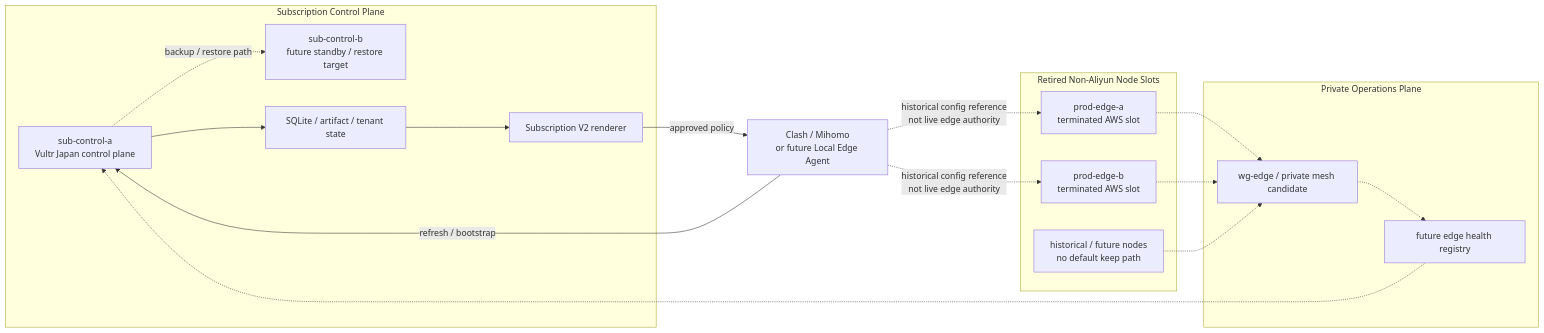
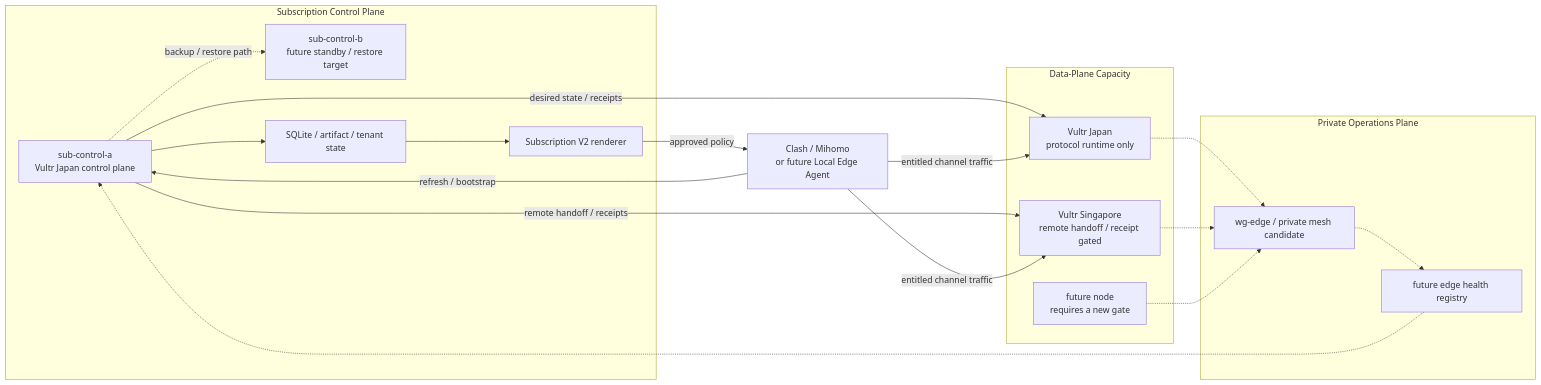
The second of 7 diagrams in docs/PROJECT_TOPOLOGY.md (FlyLink-com/proxy-gateway-minimal), drawn with Mermaid before and after one commit. The commit also changed other lines of this file and 2 other files, not shown here.

Commit message:
docs: reconcile project topology with Vultr lanes

````diff
--- a/docs/PROJECT_TOPOLOGY.md
+++ b/docs/PROJECT_TOPOLOGY.md
@@ -65,31 +77,33 @@
 ```mermaid
 flowchart LR
   subgraph "Subscription Control Plane"
     SC["sub-control-a\nVultr Japan control plane"]
     SB["sub-control-b\nfuture standby / restore target"]
     State["SQLite / artifact / tenant state"]
     Render["Subscription V2 renderer"]
   end
 
-  subgraph "Retired Non-Aliyun Node Slots"
-    A["prod-edge-a\nterminated AWS slot"]
-    B["prod-edge-b\nterminated AWS slot"]
-    C["historical / future nodes\nno default keep path"]
+  subgraph "Data-Plane Capacity"
+    JP["Vultr Japan\nprotocol runtime only"]
+    SGP["Vultr Singapore\nremote handoff / receipt gated"]
+    C["future node\nrequires a new gate"]
   end
 
   subgraph "Private Operations Plane"
     Mesh["wg-edge / private mesh candidate"]
     Health["future edge health registry"]
   end
 
   Clients["Clash / Mihomo\nor future Local Edge Agent"] -->|"refresh / bootstrap"| SC
   SC --> State --> Render
   Render -->|"approved policy"| Clients
-  Clients -.->|"historical config reference\nnot live edge authority"| A
-  Clients -.->|"historical config reference\nnot live edge authority"| B
+  SC -->|"desired state / receipts"| JP
+  SC -->|"remote handoff / receipts"| SGP
+  Clients -->|"entitled channel traffic"| JP
+  Clients -->|"entitled channel traffic"| SGP
   SC -.->|"backup / restore path"| SB
-  A -.-> Mesh
-  B -.-> Mesh
+  JP -.-> Mesh
+  SGP -.-> Mesh
   C -.-> Mesh
   Mesh -.-> Health -.-> SC
 ```
````
